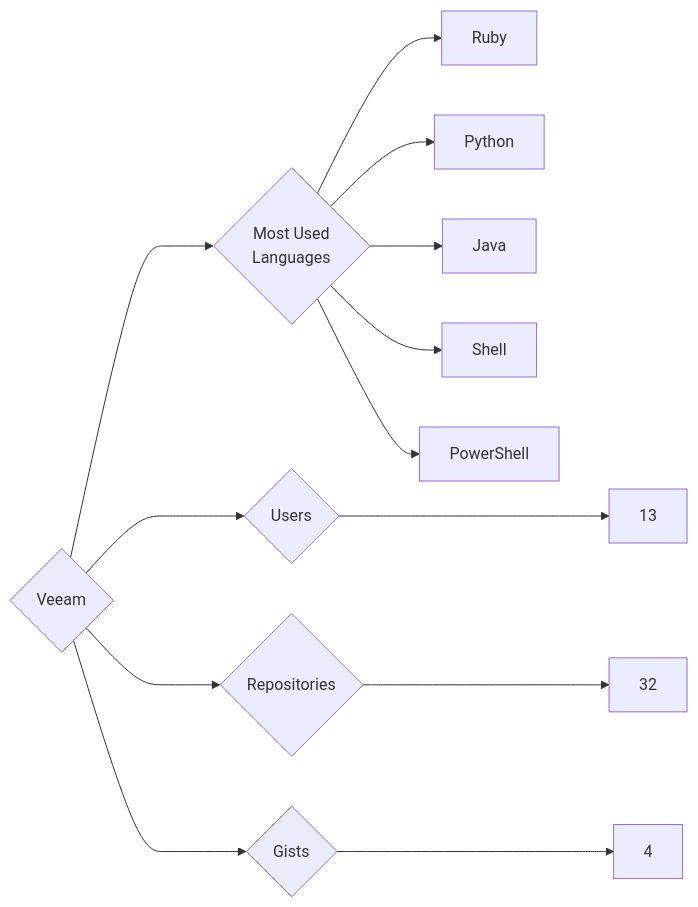
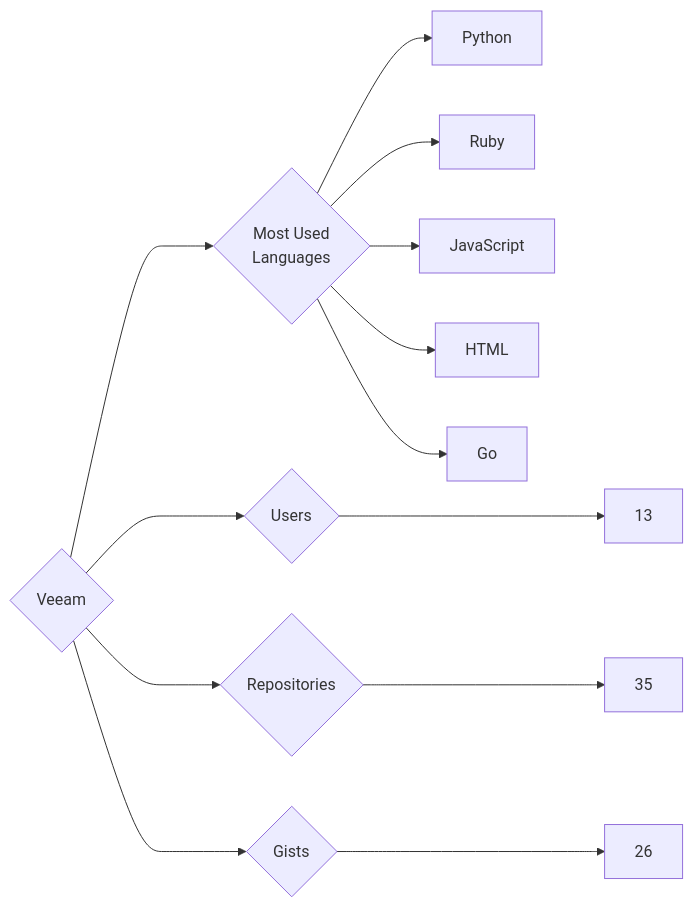
Before and after one commit to trickest/insiders: the diagram in targets/Veeam/README.md, drawn with Mermaid. The commit also changed 955 other files, not shown here.

````diff
--- a/targets/Veeam/README.md
+++ b/targets/Veeam/README.md
@@ -3,13 +3,13 @@
 ```mermaid
 graph LR
 COMPANY_NAME{Veeam}
 COMPANY_NAME ---> U{Users} ---> UN[13]
-COMPANY_NAME ---> R{Repositories} ---> RN[32]
-COMPANY_NAME ---> G{Gists} ---> GN[4]
+COMPANY_NAME ---> R{Repositories} ---> RN[35]
+COMPANY_NAME ---> G{Gists} ---> GN[26]
 COMPANY_NAME ---> ML{Most Used<br>Languages}
+ML --> Python[Python]
 ML --> Ruby[Ruby]
-ML --> Python[Python]
-ML --> Java[Java]
-ML --> Shell[Shell]
-ML --> PowerShell[PowerShell]
+ML --> JavaScript[JavaScript]
+ML --> HTML[HTML]
+ML --> Go[Go]
 ```
````
